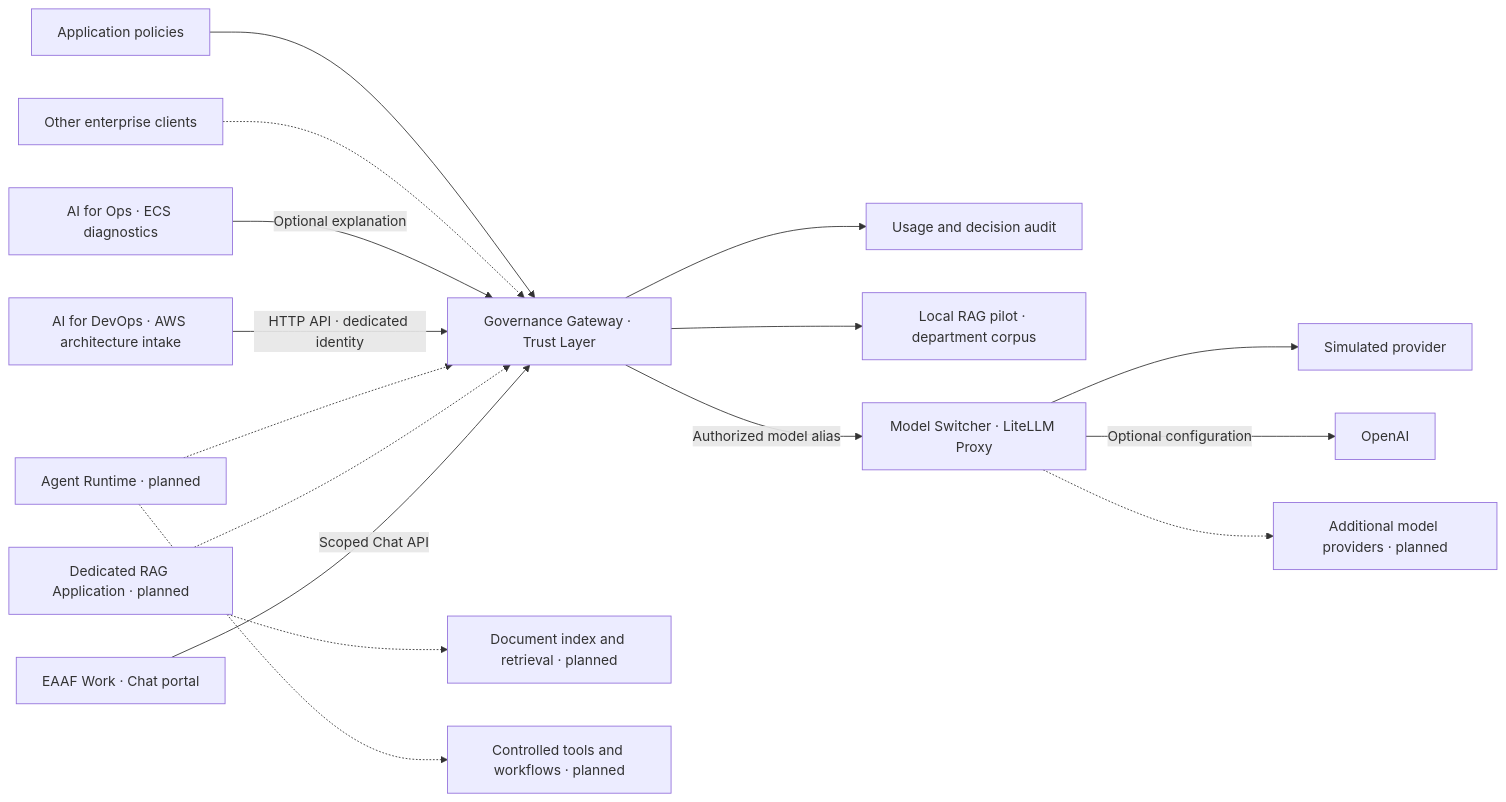
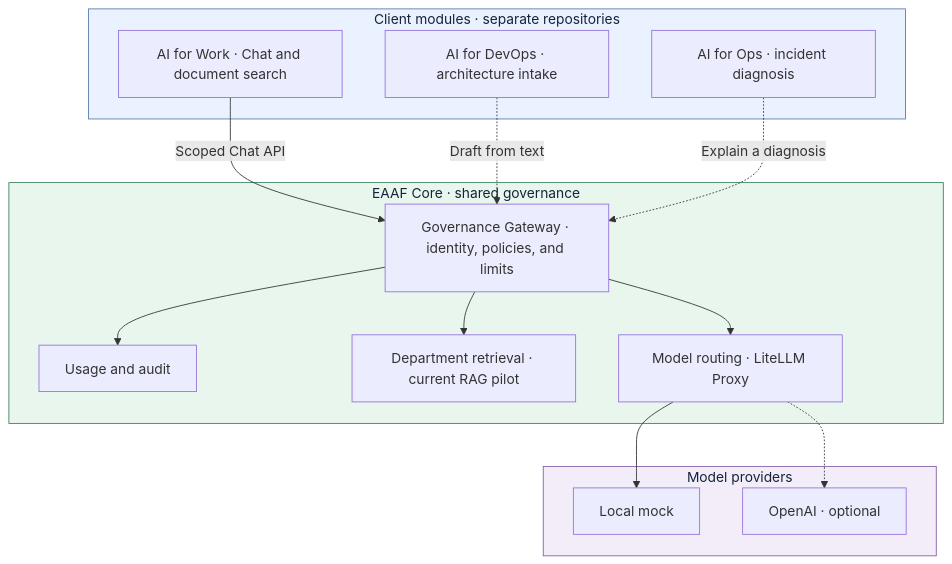
One commit to tandrian06/eaaf changed the diagram in README.md. Above: the diagram before and after it, drawn with Mermaid. The commit also changed other lines of this file and 1 other file, not shown here.

Commit message:
Show the EAAF Core boundary in the architecture diagrams

````diff
--- a/README.md
+++ b/README.md
@@ -19,20 +19,33 @@
 ```mermaid
-flowchart LR
-    Chat["EAAF Work · Chat portal"] -->|"Scoped Chat API"| Gateway["Governance Gateway · Trust Layer"]
-    RAG["Dedicated RAG Application · planned"] -.-> Gateway
-    Agents["Agent Runtime · planned"] -.-> Gateway
-    DevOps["AI for DevOps · AWS architecture intake"] -->|HTTP API · dedicated identity| Gateway
-    Ops["AI for Ops · ECS diagnostics"] -->|"Optional explanation"| Gateway
-    Apps["Other enterprise clients"] -.-> Gateway
+flowchart TB
+    subgraph Clients["Client modules · separate repositories"]
+        Work["AI for Work · Chat and document search"]
+        DevOps["AI for DevOps · architecture intake"]
+        Ops["AI for Ops · incident diagnosis"]
+    end
 
-    Policies["Application policies"] --> Gateway
-    Gateway --> Audit["Usage and decision audit"]
-    Gateway --> LocalKnowledge["Local RAG pilot · department corpus"]
-    Gateway -->|Authorized model alias| Switcher["Model Switcher · LiteLLM Proxy"]
-    Switcher --> Mock["Simulated provider"]
-    Switcher -->|Optional configuration| OpenAI["OpenAI"]
-    Switcher -.-> Providers["Additional model providers · planned"]
+    subgraph Core["EAAF Core · shared governance"]
+        Gateway["Governance Gateway · identity, policies, and limits"]
+        Audit["Usage and audit"]
+        Retrieval["Department retrieval · current RAG pilot"]
+        Router["Model routing · LiteLLM Proxy"]
+        Gateway --> Audit
+        Gateway --> Retrieval
+        Gateway --> Router
+    end
 
-    RAG -.-> Knowledge["Document index and retrieval · planned"]
-    Agents -.-> Tools["Controlled tools and workflows · planned"]
+    subgraph Providers["Model providers"]
+        Mock["Local mock"]
+        OpenAI["OpenAI · optional"]
+    end
+
+    Work -->|"Scoped Chat API"| Gateway
+    DevOps -.->|"Draft from text"| Gateway
+    Ops -.->|"Explain a diagnosis"| Gateway
+    Router --> Mock
+    Router -.-> OpenAI
+
+    style Clients fill:#eaf2ff,stroke:#5679ae,color:#14243a
+    style Core fill:#e8f6ee,stroke:#37805b,color:#14243a
+    style Providers fill:#f3edf9,stroke:#815ca3,color:#14243a
 ```
````
